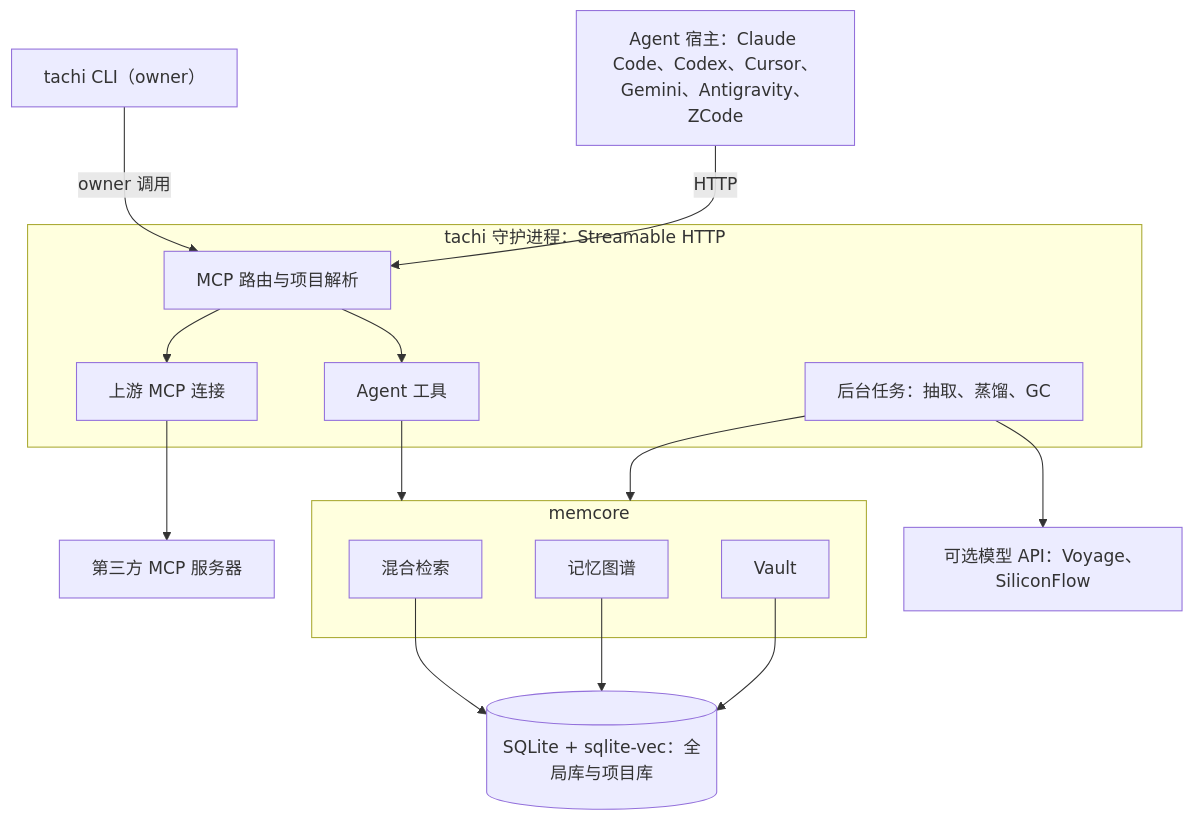
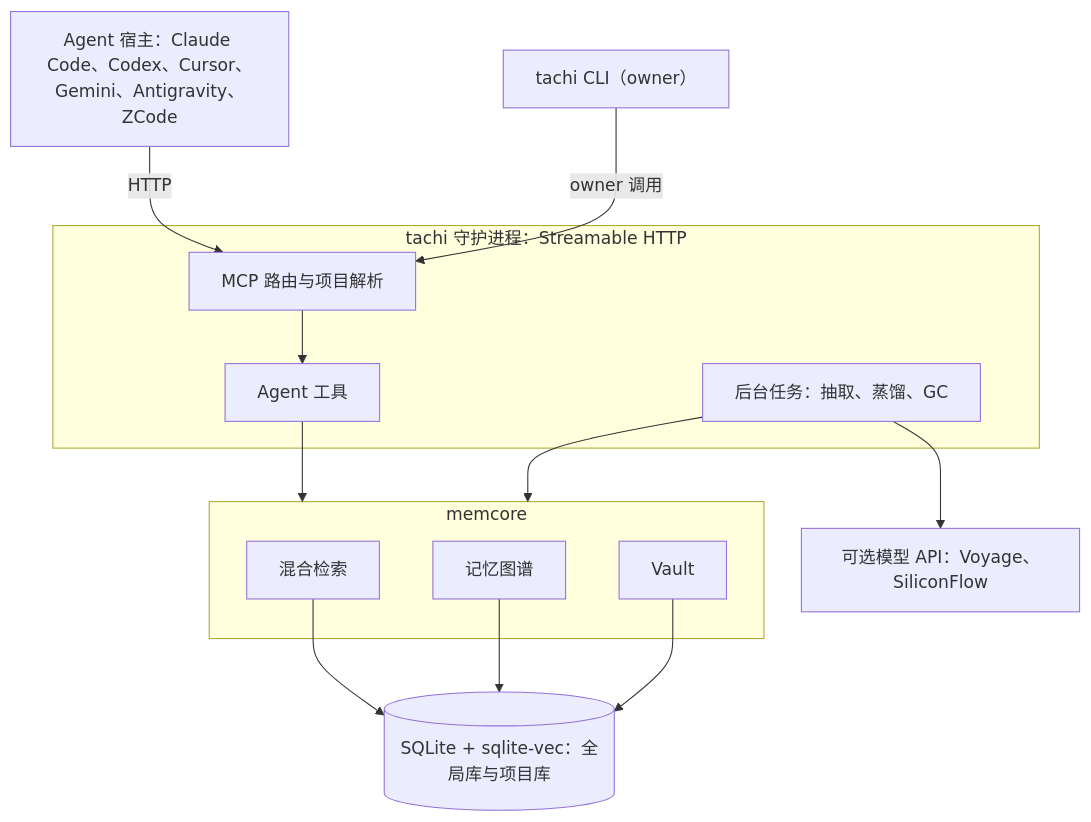
One commit to kckylechen1/Tachi changed the diagram in README.zh-CN.md. Above: the diagram before and after it, drawn with Mermaid. The commit also changed other lines of this file and 152 other files, not shown here.

````diff
--- a/README.zh-CN.md
+++ b/README.zh-CN.md
@@ -207,34 +207,30 @@
 ```mermaid
 graph TD
     Hosts["Agent 宿主：Claude Code、Codex、Cursor、Gemini、Antigravity、ZCode"]
     CLI["tachi CLI（owner）"]
-    Upstream["第三方 MCP 服务器"]
     APIs["可选模型 API：Voyage、SiliconFlow"]
 
     subgraph Daemon["tachi 守护进程：Streamable HTTP"]
         Router["MCP 路由与项目解析"]
         Tools["Agent 工具"]
-        Gateway["上游 MCP 连接"]
         Workers["后台任务：抽取、蒸馏、GC"]
     end
 
     subgraph Core["memcore"]
         Search["混合检索"]
         Graph["记忆图谱"]
         Vault["Vault"]
     end
 
     DB[("SQLite + sqlite-vec：全局库与项目库")]
 
     Hosts -->|HTTP| Router
     CLI -->|owner 调用| Router
     Router --> Tools
-    Router --> Gateway
-    Gateway --> Upstream
     Tools --> Core
     Workers --> Core
     Workers --> APIs
     Search --> DB
     Graph --> DB
     Vault --> DB
 ```
````
